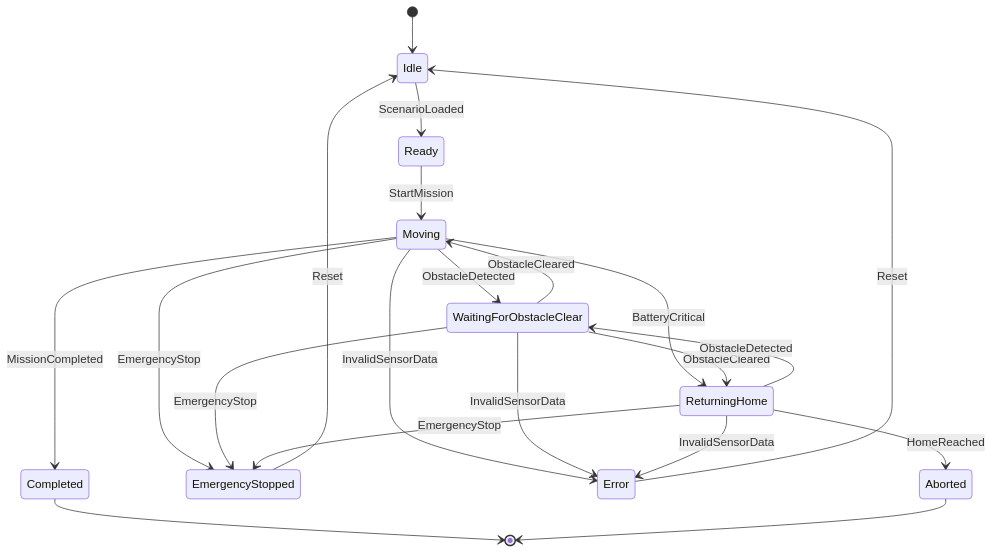
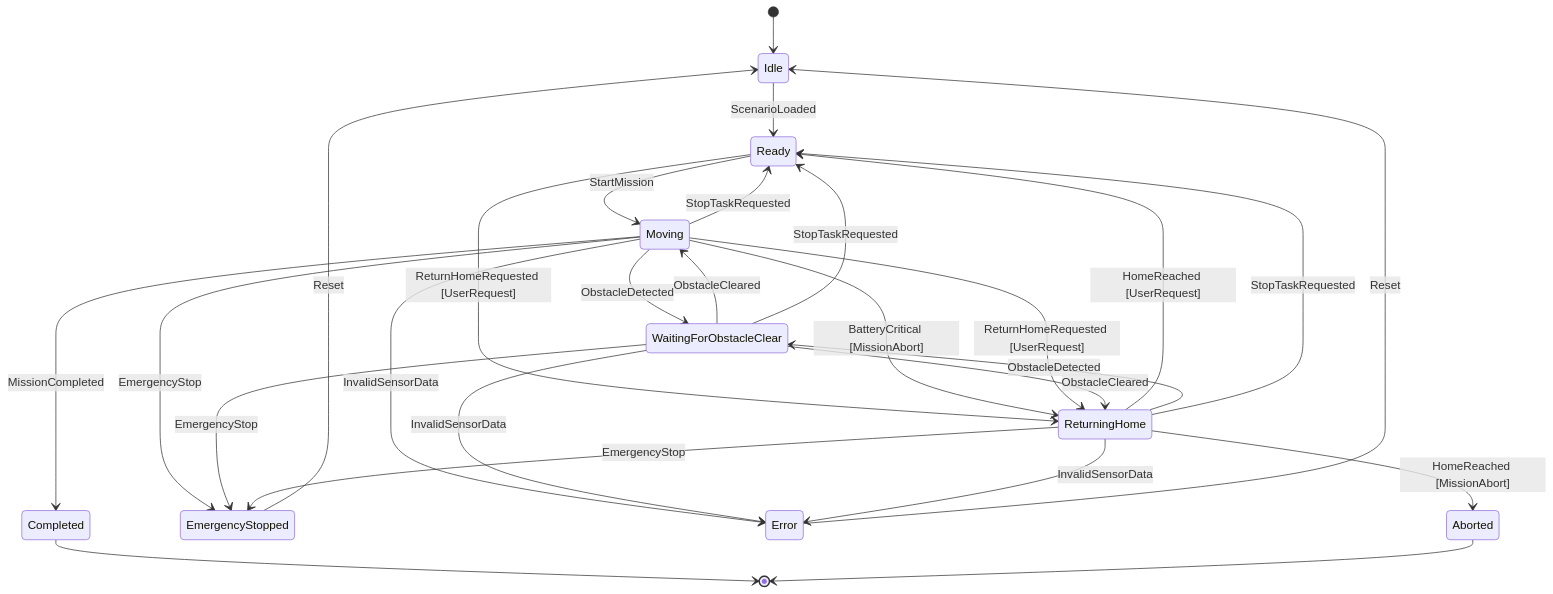
Before and after one commit to Baransahin1212/C-Robot-G-rev-ve-Durum-Sim-lat-r-: the diagram in docs/state-machine.md, drawn with Mermaid. The commit also changed other lines of this file and 8 other files, not shown here.

````diff
--- a/docs/state-machine.md
+++ b/docs/state-machine.md
@@ -8,29 +8,35 @@
 ```mermaid
 stateDiagram-v2
     [*] --> Idle
 
     Idle --> Ready : ScenarioLoaded
     Ready --> Moving : StartMission
+    Ready --> ReturningHome : ReturnHomeRequested [UserRequest]
 
     Moving --> WaitingForObstacleClear : ObstacleDetected
-    Moving --> ReturningHome : BatteryCritical
+    Moving --> Ready : StopTaskRequested
+    Moving --> ReturningHome : BatteryCritical [MissionAbort]
+    Moving --> ReturningHome : ReturnHomeRequested [UserRequest]
     Moving --> Completed : MissionCompleted
     Moving --> EmergencyStopped : EmergencyStop
     Moving --> Error : InvalidSensorData
 
     WaitingForObstacleClear --> Moving : ObstacleCleared
     WaitingForObstacleClear --> ReturningHome : ObstacleCleared
+    WaitingForObstacleClear --> Ready : StopTaskRequested
     WaitingForObstacleClear --> EmergencyStopped : EmergencyStop
     WaitingForObstacleClear --> Error : InvalidSensorData
 
-    ReturningHome --> Aborted : HomeReached
+    ReturningHome --> Ready : HomeReached [UserRequest]
+    ReturningHome --> Aborted : HomeReached [MissionAbort]
     ReturningHome --> WaitingForObstacleClear : ObstacleDetected
+    ReturningHome --> Ready : StopTaskRequested
     ReturningHome --> EmergencyStopped : EmergencyStop
     ReturningHome --> Error : InvalidSensorData
 
     EmergencyStopped --> Idle : Reset
     Error --> Idle : Reset
 
     Completed --> [*]
     Aborted --> [*]
 ```
````
